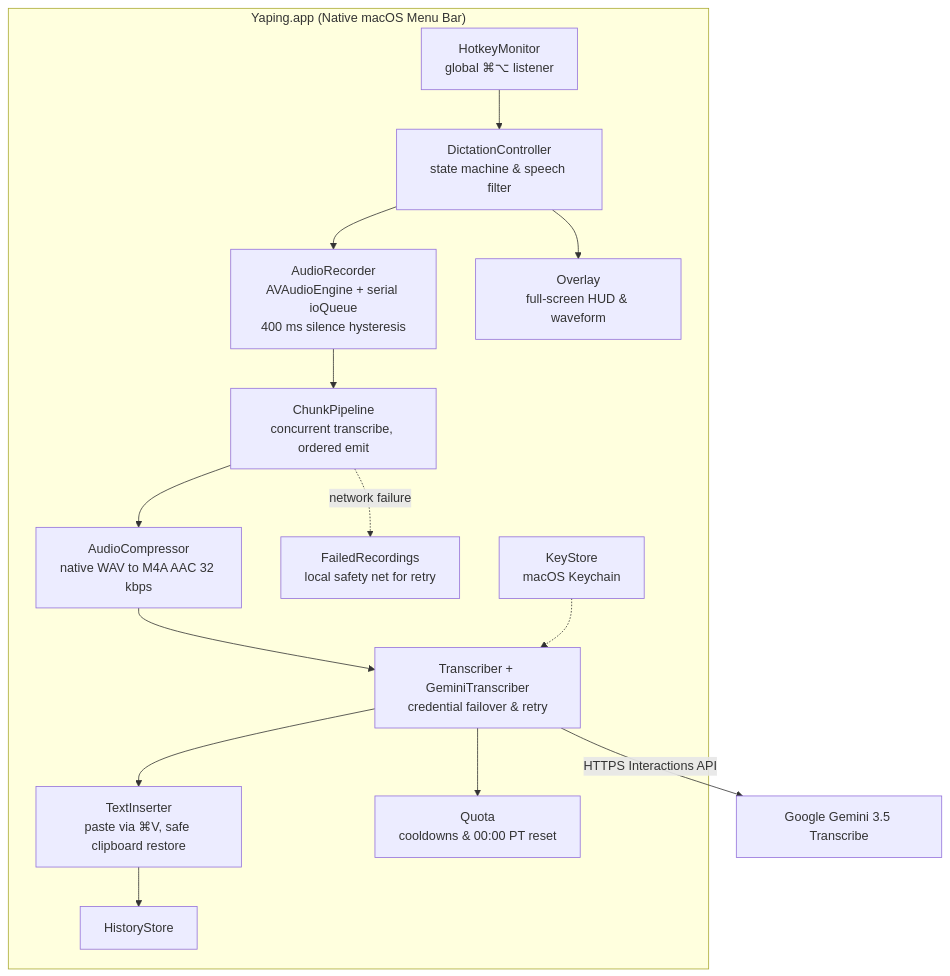
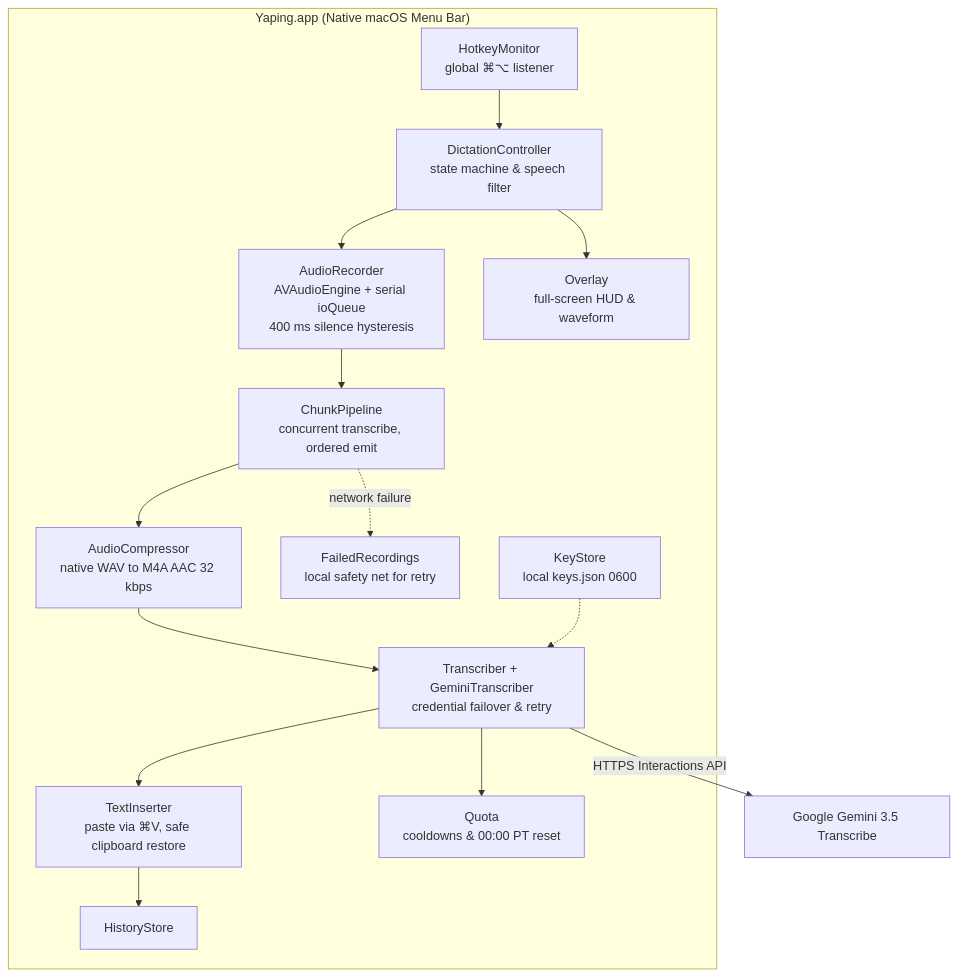
The first of 2 diagrams in Yaping/README.md (mnaufalzaki/Project-Portfolio), drawn with Mermaid before and after one commit. The commit also changed other lines of this file and 4 other files, not shown here.

````diff
--- a/Yaping/README.md
+++ b/Yaping/README.md
@@ -79,17 +79,17 @@
 ```mermaid
 flowchart TB
     subgraph App["Yaping.app (Native macOS Menu Bar)"]
         HK[HotkeyMonitor<br/>global ⌘⌥ listener] --> DC[DictationController<br/>state machine & speech filter]
         DC --> REC[AudioRecorder<br/>AVAudioEngine + serial ioQueue<br/>400 ms silence hysteresis]
         REC --> CP[ChunkPipeline<br/>concurrent transcribe, ordered emit]
         CP --> AC[AudioCompressor<br/>native WAV to M4A AAC 32 kbps]
         AC --> TR[Transcriber + GeminiTranscriber<br/>credential failover & retry]
         TR --> TI[TextInserter<br/>paste via ⌘V, safe clipboard restore]
         DC --> OV[Overlay<br/>full-screen HUD & waveform]
         TR --> QU[Quota<br/>cooldowns & 00:00 PT reset]
         CP -.->|network failure| FR[FailedRecordings<br/>local safety net for retry]
-        KS[KeyStore<br/>macOS Keychain] -.-> TR
+        KS[KeyStore<br/>local keys.json 0600] -.-> TR
         TI --> HI[HistoryStore]
     end
     TR -->|HTTPS Interactions API| GEM[Google Gemini 3.5 Transcribe]
 ```
````
